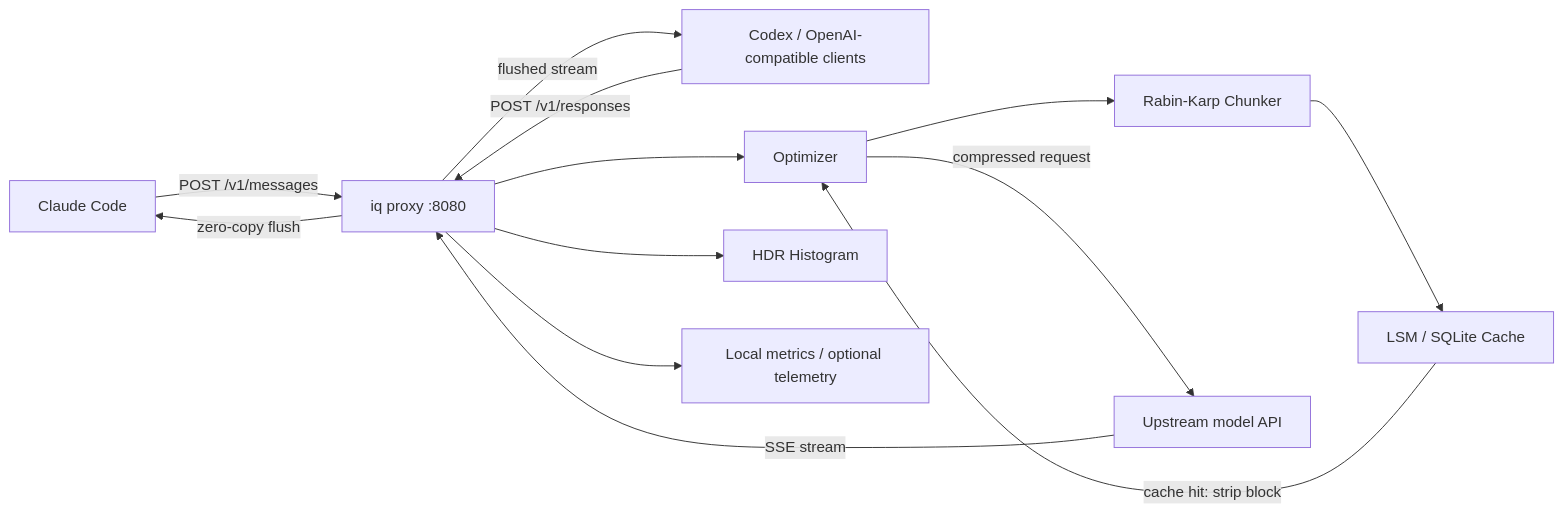
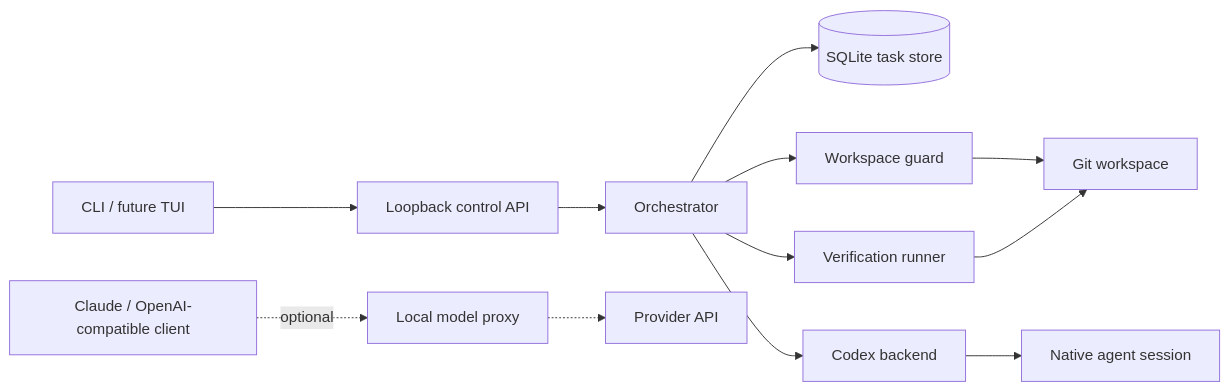
The diagram in README.md (Revanth14/indexqube), drawn with Mermaid before and after one commit. The commit also changed other lines of this file, not shown here.

Commit message:
Rewrite README around durable agent tasks

````diff
--- a/README.md
+++ b/README.md
@@ -9,15 +167,15 @@
 ```mermaid
-graph LR
-    A[Claude Code] -->|POST /v1/messages| B[iq proxy :8080]
-    O[Codex / OpenAI-compatible clients] -->|POST /v1/responses| B
-    B --> C[Optimizer]
-    C --> D[Rabin-Karp Chunker]
-    D --> E[LSM / SQLite Cache]
-    E -->|cache hit: strip block| C
-    C -->|compressed request| F[Upstream model API]
-    F -->|SSE stream| B
-    B -->|zero-copy flush| A
-    B -->|flushed stream| O
-    B --> G[HDR Histogram]
-    B --> H[Local metrics / optional telemetry]
+flowchart LR
+    UI[CLI / future TUI] --> API[Loopback control API]
+    API --> ORCH[Orchestrator]
+    ORCH --> STORE[(SQLite task store)]
+    ORCH --> GUARD[Workspace guard]
+    ORCH --> AGENT[Codex backend]
+    ORCH --> VERIFY[Verification runner]
+    AGENT --> SESSION[Native agent session]
+    GUARD --> REPO[Git workspace]
+    VERIFY --> REPO
+
+    CLIENT[Claude / OpenAI-compatible client] -. optional .-> PROXY[Local model proxy]
+    PROXY -.-> UPSTREAM[Provider API]
 ```
````
